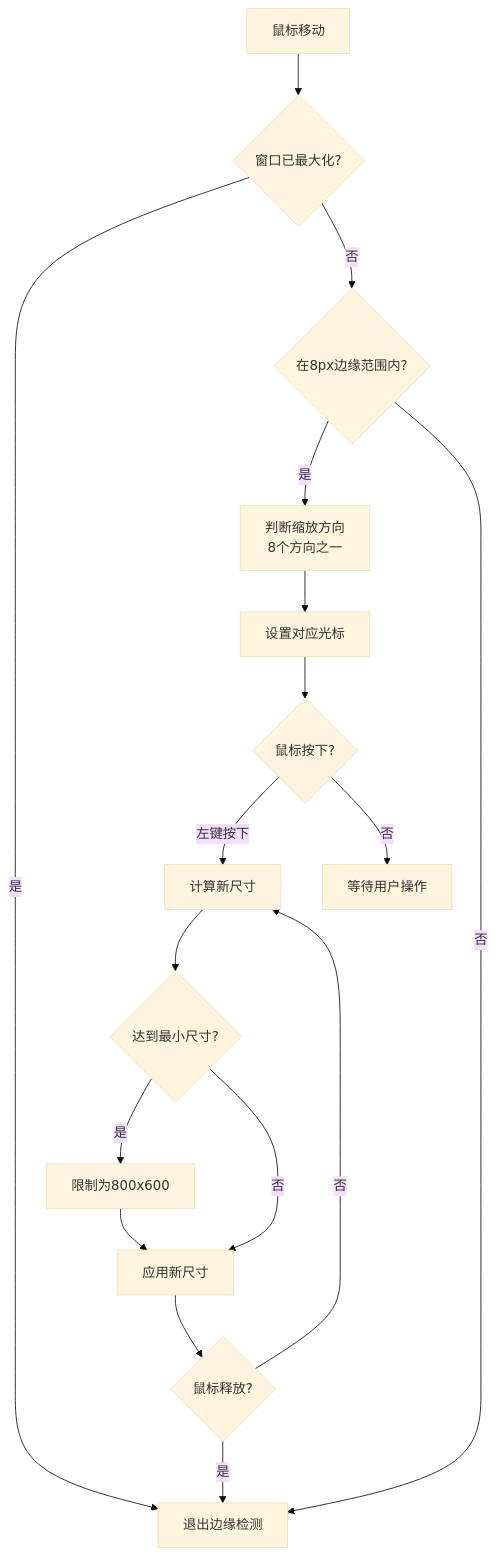
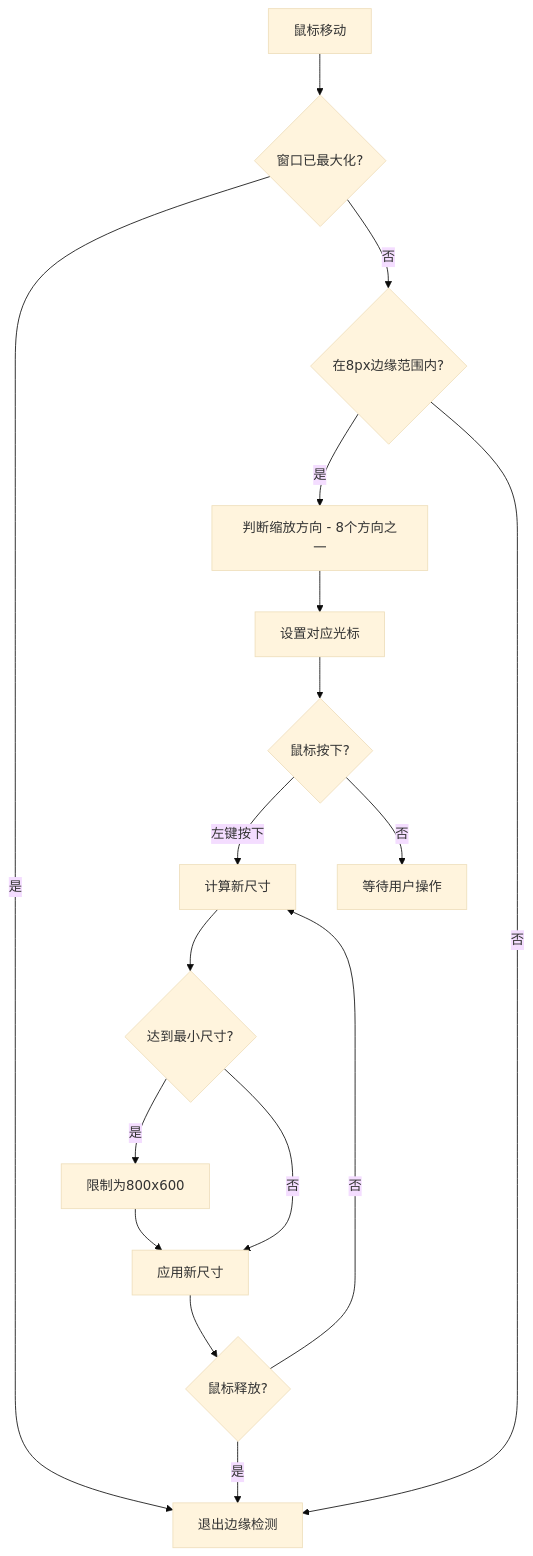
The fifth of 5 diagrams in docs/ui/main-window.md (KKPIP-Tech/InstructionX), drawn with Mermaid (base theme) before and after one commit. The commit also changed other lines of this file and 5 other files, not shown here.

First line of the commit message:
docs: 标准化文档 Mermaid 图表格式（移除 HTML 换行符、统一标签语法）

````diff
--- a/docs/ui/main-window.md
+++ b/docs/ui/main-window.md
@@ -317,19 +317,19 @@
 ```mermaid
 flowchart TD
     Mouse[鼠标移动] --> Maximized{窗口已最大化?}
     Maximized -->|是| Exit[退出边缘检测]
     Maximized -->|否| Detect{"在8px边缘范围内?"}
-    Detect -->|是| Direction[判断缩放方向<br/>8个方向之一]
+    Detect -->|是| Direction[判断缩放方向 - 8个方向之一]
     Detect -->|否| Exit
     Direction --> Cursor[设置对应光标]
     Cursor --> Pressed{鼠标按下?}
     Pressed -->|左键按下| Resize[计算新尺寸]
     Pressed -->|否| Wait[等待用户操作]
     Resize --> MinSize{达到最小尺寸?}
     MinSize -->|是| Clamp[限制为800x600]
     MinSize -->|否| Apply[应用新尺寸]
     Clamp --> Apply
     Apply --> Released{"鼠标释放?"}
     Released -->|否| Resize
     Released -->|是| Exit
 ```
````
